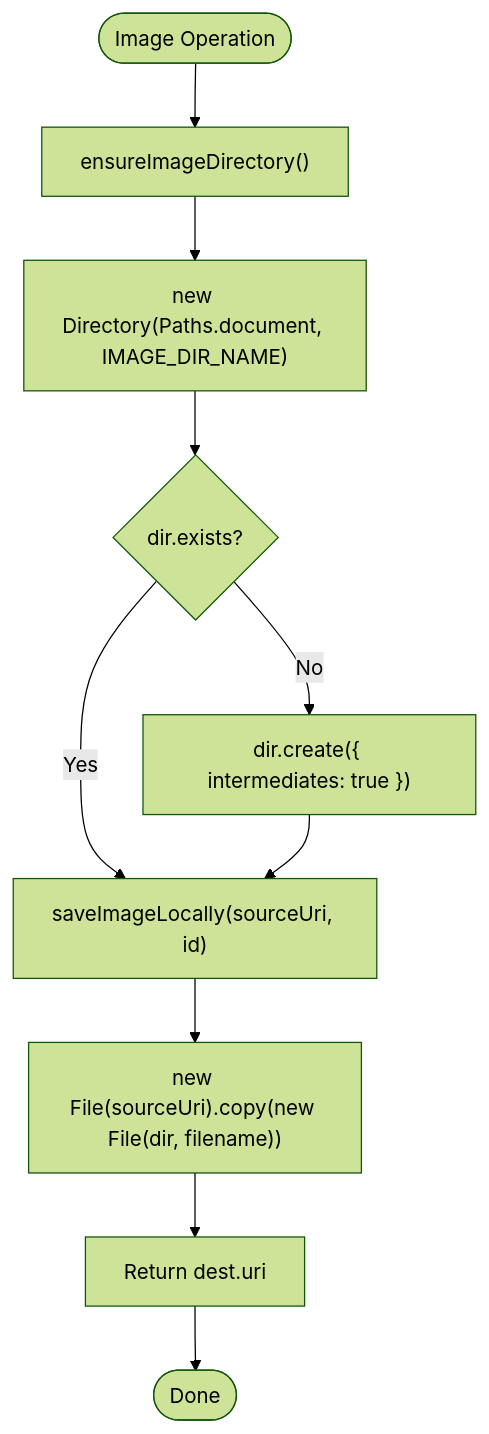
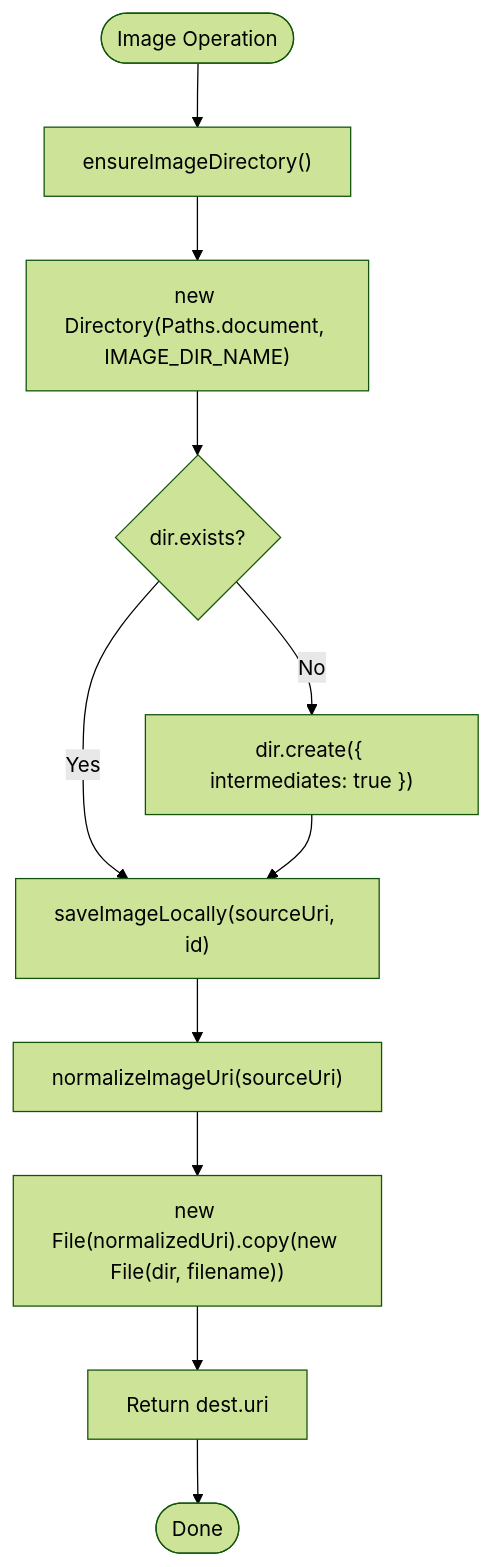
One commit to AdeelTahir-SE/DermSight changed the seventh of 9 diagrams in .qoder/repowiki/en/content/Camera Integration.md. Above: the diagram before and after it, drawn with Mermaid (forest theme). The commit also changed other lines of this file and 43 other files, not shown here.

````diff
--- a/.qoder/repowiki/en/content/Camera Integration.md
+++ b/.qoder/repowiki/en/content/Camera Integration.md
@@ -276,12 +303,13 @@
 ```mermaid
 flowchart TD
 Start(["Image Operation"]) --> EnsureDir["ensureImageDirectory()"]
 EnsureDir --> CreateDir["new Directory(Paths.document, IMAGE_DIR_NAME)"]
 CreateDir --> CheckExists{"dir.exists?"}
 CheckExists --> |No| Create["dir.create({ intermediates: true })"]
 CheckExists --> |Yes| Save["saveImageLocally(sourceUri, id)"]
 Create --> Save
-Save --> CopyFile["new File(sourceUri).copy(new File(dir, filename))"]
+Save --> Normalize["normalizeImageUri(sourceUri)"]
+Normalize --> CopyFile["new File(normalizedUri).copy(new File(dir, filename))"]
 CopyFile --> ReturnURI["Return dest.uri"]
 ReturnURI --> End(["Done"])
 ```
````
